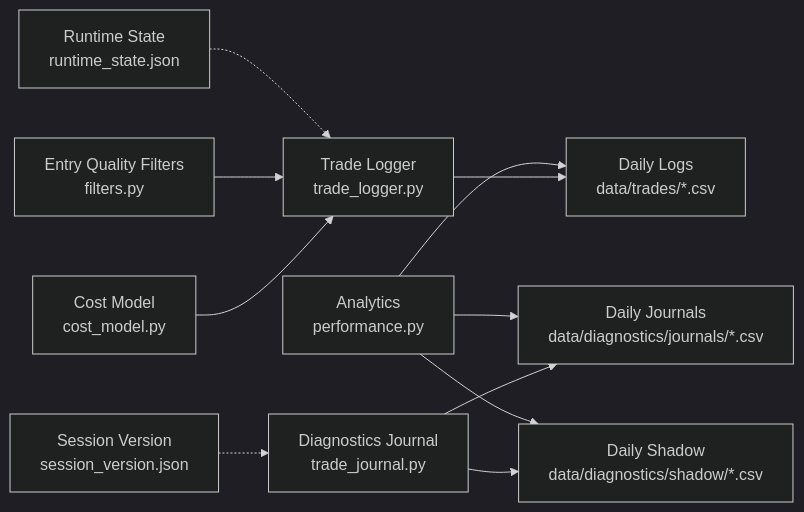
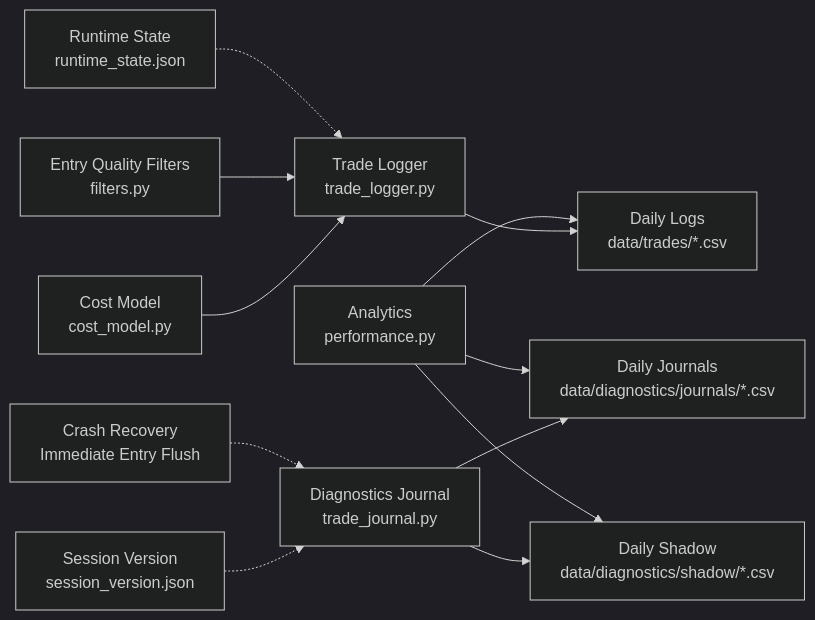
One commit to tauqeersiddiqui-art/tradingsystem changed the sixth of 6 diagrams in .qoder/repowiki/en/content/Monitoring and Analytics/Trade Journaling.md. Above: the diagram before and after it, drawn with Mermaid (dark theme). The commit also changed other lines of this file and 60 other files, not shown here.

````diff
--- a/.qoder/repowiki/en/content/Monitoring and Analytics/Trade Journaling.md
+++ b/.qoder/repowiki/en/content/Monitoring and Analytics/Trade Journaling.md
@@ -260,13 +266,14 @@
 ```mermaid
 graph LR
 CM["Cost Model<br/>cost_model.py"] --> TL["Trade Logger<br/>trade_logger.py"]
 EQF["Entry Quality Filters<br/>filters.py"] --> TL
 TL --> DL["Daily Logs<br/>data/trades/*.csv"]
 TJ["Diagnostics Journal<br/>trade_journal.py"] --> DJ["Daily Journals<br/>data/diagnostics/journals/*.csv"]
 TJ --> SJ["Daily Shadow<br/>data/diagnostics/shadow/*.csv"]
 SV["Session Version<br/>session_version.json"] -.-> TJ
 RS["Runtime State<br/>runtime_state.json"] -.-> TL
 AN["Analytics<br/>performance.py"] --> DL
 AN --> DJ
 AN --> SJ
+CR["Crash Recovery<br/>Immediate Entry Flush"] -.-> TJ
 ```
````
